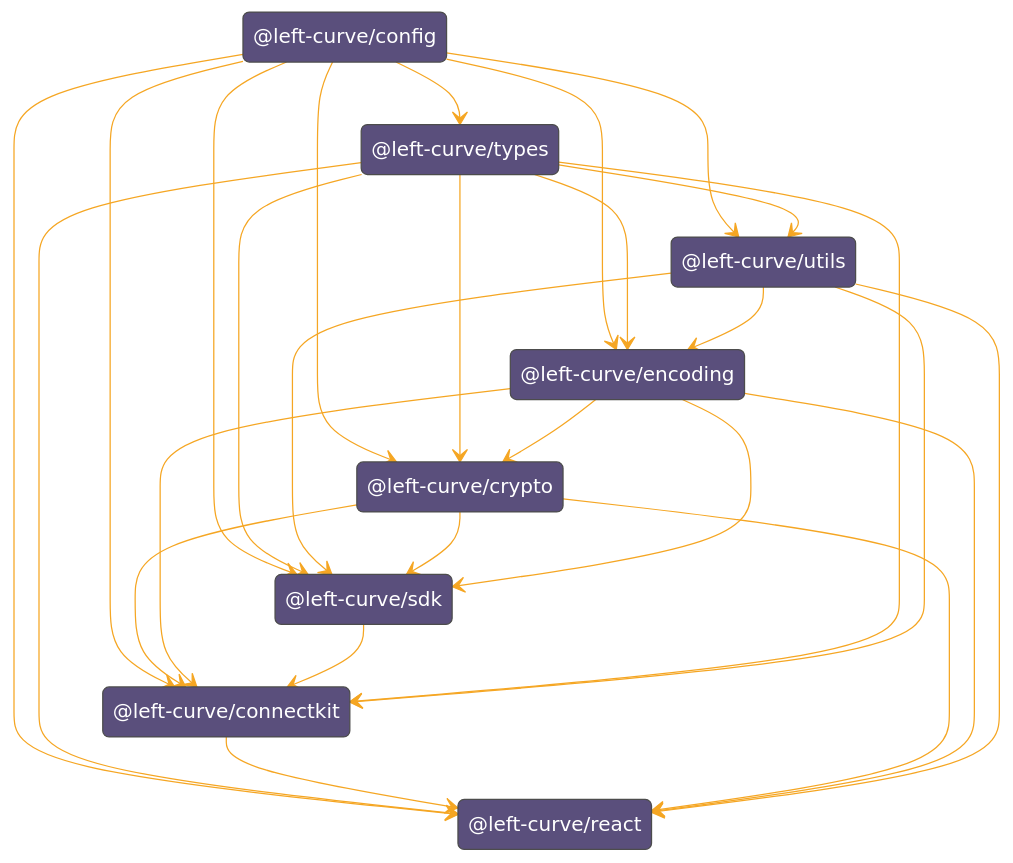
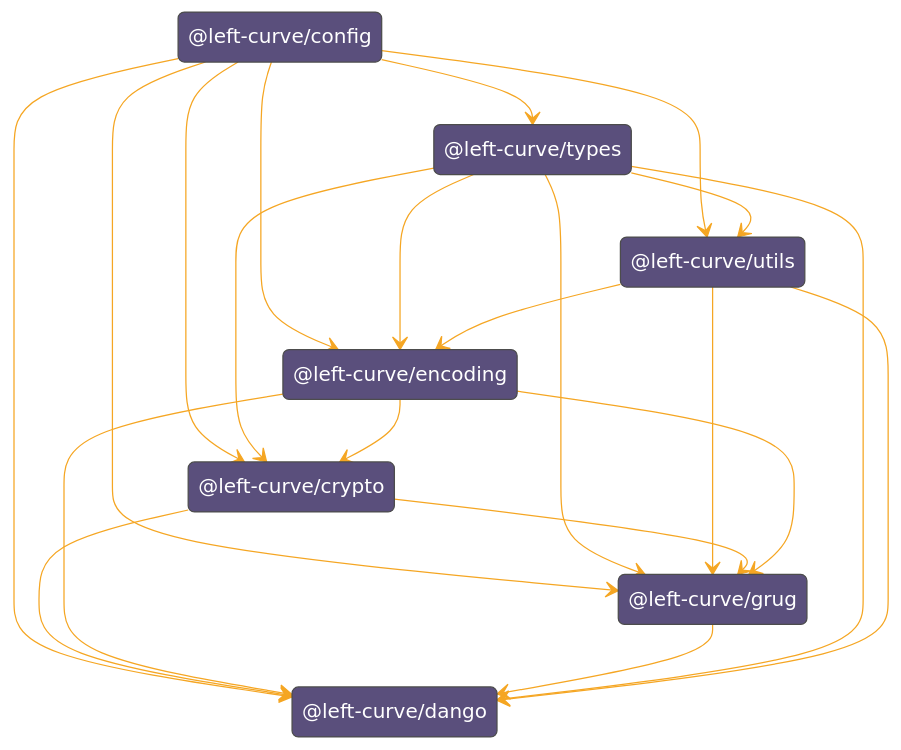
One commit to left-curve/left-curve changed the diagram in sdk/README.md. Above: the diagram before and after it, drawn with Mermaid. The commit also changed other lines of this file and 538 other files, not shown here.

First line of the commit message:
refactor(ui): dango-sdk (#419)

````diff
--- a/sdk/README.md
+++ b/sdk/README.md
@@ -22,44 +21,37 @@
 ```mermaid
 %%{
   init: {
   'theme': 'base',
   'themeVariables': {"primaryTextColor":"#fff","primaryColor":"#5a4f7c","lineColor":"#f5a623" }
   }
 }%%
 stateDiagram-v2
     state "@left-curve/config" as left_curve_config
     state "@left-curve/types" as left_curve_types
     state "@left-curve/utils" as left_curve_utils
-    state "@left-curve/sdk" as left_curve_sdk
+    state "@left-curve/grug" as left_curve_sdk
     state "@left-curve/crypto" as left_curve_crypto
     state "@left-curve/encoding" as left_curve_encoding
-    state "@left-curve/react" as left_curve_react
-    state "@left-curve/connectkit" as left_curve_connectkit
+    state "@left-curve/dango" as left_curve_dango
 
     left_curve_config --> left_curve_types
     left_curve_config --> left_curve_utils
     left_curve_types --> left_curve_utils
     left_curve_config --> left_curve_sdk
     left_curve_types --> left_curve_sdk
     left_curve_utils --> left_curve_sdk
     left_curve_crypto --> left_curve_sdk
     left_curve_encoding --> left_curve_sdk
-    left_curve_config --> left_curve_react
-    left_curve_types --> left_curve_react
-    left_curve_connectkit --> left_curve_react
-    left_curve_crypto --> left_curve_react
-    left_curve_encoding --> left_curve_react
-    left_curve_utils --> left_curve_react
     left_curve_config --> left_curve_encoding
     left_curve_types --> left_curve_encoding
     left_curve_utils --> left_curve_encoding
     left_curve_config --> left_curve_crypto
     left_curve_types --> left_curve_crypto
     left_curve_encoding --> left_curve_crypto
-    left_curve_config --> left_curve_connectkit
-    left_curve_crypto --> left_curve_connectkit
-    left_curve_encoding --> left_curve_connectkit
-    left_curve_sdk --> left_curve_connectkit
-    left_curve_types --> left_curve_connectkit
-    left_curve_utils --> left_curve_connectkit
+    left_curve_config --> left_curve_dango
+    left_curve_crypto --> left_curve_dango
+    left_curve_encoding --> left_curve_dango
+    left_curve_sdk --> left_curve_dango
+    left_curve_types --> left_curve_dango
+    left_curve_utils --> left_curve_dango
 ```
````
